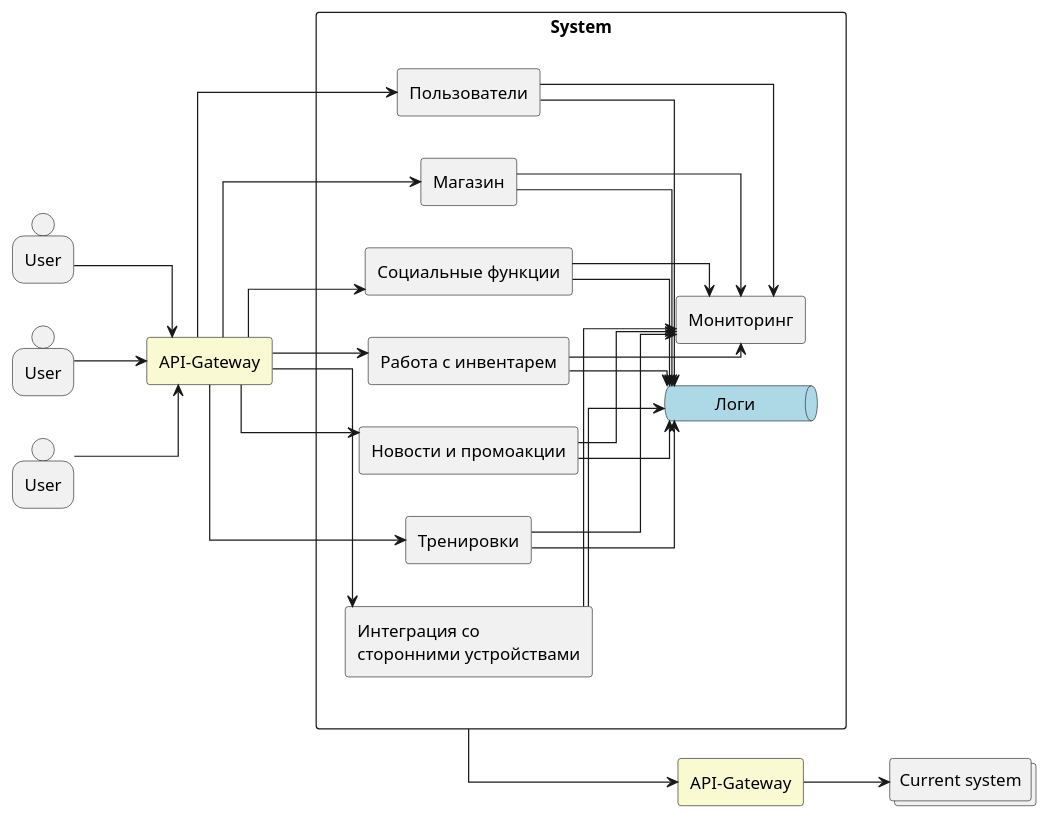
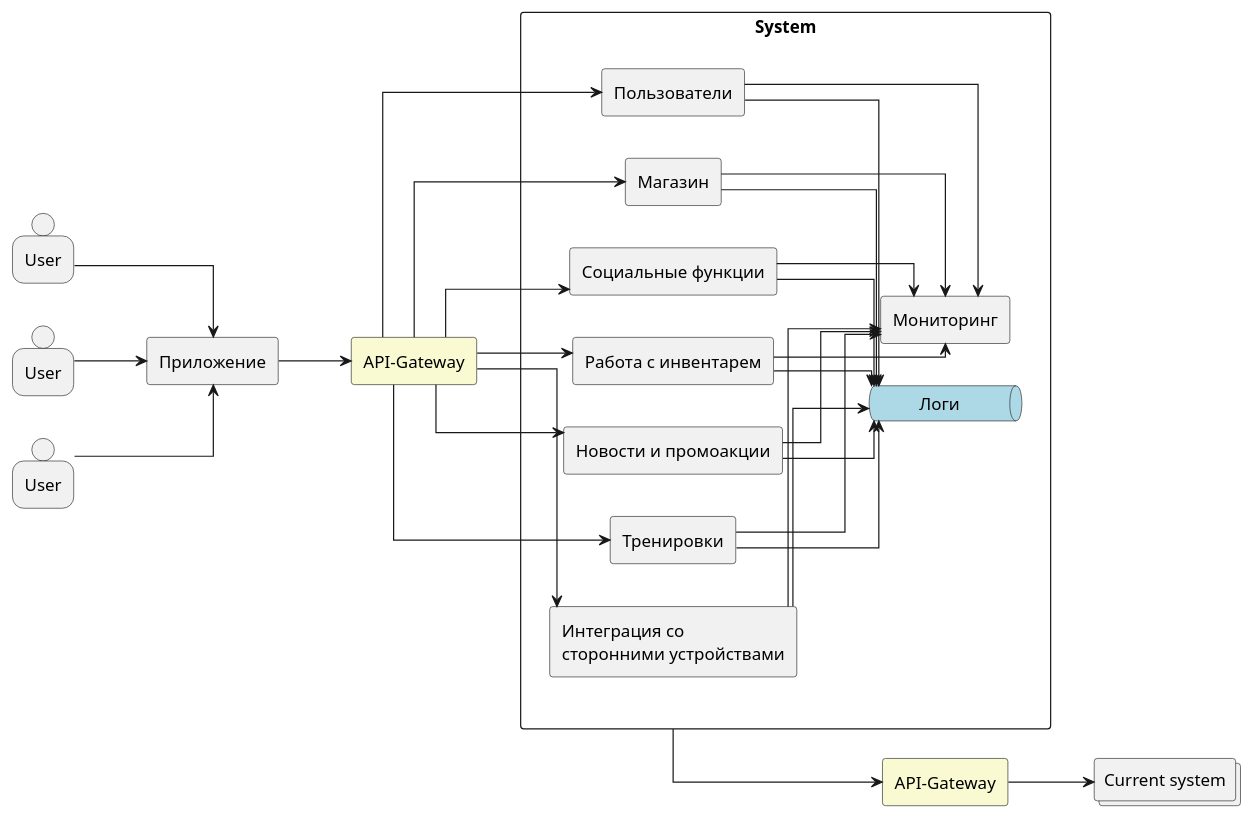
One commit to StupnikovVG/skillbox_software_architect changed the diagram in 04_Conceptual_architecture/conceptual_architecture.puml. Above: the diagram before and after it, drawn with PlantUML. The commit also changed 1 other file, not shown here.

Commit message:
Скорректировал схему

```diff
--- a/04_Conceptual_architecture/conceptual_architecture.puml
+++ b/04_Conceptual_architecture/conceptual_architecture.puml
@@ -1,61 +1,64 @@
 @startuml
 
     skinparam ComponentStyle rectangle
     'top to bottom direction
     left to right direction
     skinparam linetype ortho
 
     person "User" as User1
     person "User" as User2
     person "User" as User3
+
+    rectangle "Приложение" as app
 
     rectangle "API-Gateway" as UsersAPI #LightGoldenRodYellow
     rectangle "API-Gateway" as AppAPI #LightGoldenRodYellow
     collections "Current system" as CurSys 
 
     rectangle "System" as system {
 
        rectangle "Тренировки" as trains 
         rectangle "Интеграция со\nсторонними устройствами" as outTools
         rectangle "Пользователи" as users 
         rectangle "Магазин" as store 
         queue "          Логи          " as logs #LightBlue
         rectangle "Мониторинг" as monitoring
         rectangle "Социальные функции" as userGroups    
         rectangle "Работа с инвентарем" as tools          
         rectangle "Новости и промоакции" as news   
 
         UsersAPI --> users
         UsersAPI --> store
         UsersAPI --> trains
         UsersAPI --> userGroups
         UsersAPI --> tools
         UsersAPI --> news
         UsersAPI --> outTools
 
 
         users --> logs
         users --> monitoring
         store --> logs
         store --> monitoring
         trains --> logs
         trains --> monitoring
         userGroups --> logs
         userGroups --> monitoring
         tools --> logs
         tools --> monitoring
         news --> logs
         news --> monitoring
         outTools --> logs
         outTools --> monitoring
 
     }
 
-    User1 --> UsersAPI
-    User2 --> UsersAPI
-    User3 --> UsersAPI
+    User1 --> app
+    User2 --> app
+    User3 --> app
+    app --> UsersAPI
 
     system -d-> AppAPI
     AppAPI -d-> CurSys
 
 @enduml
```
